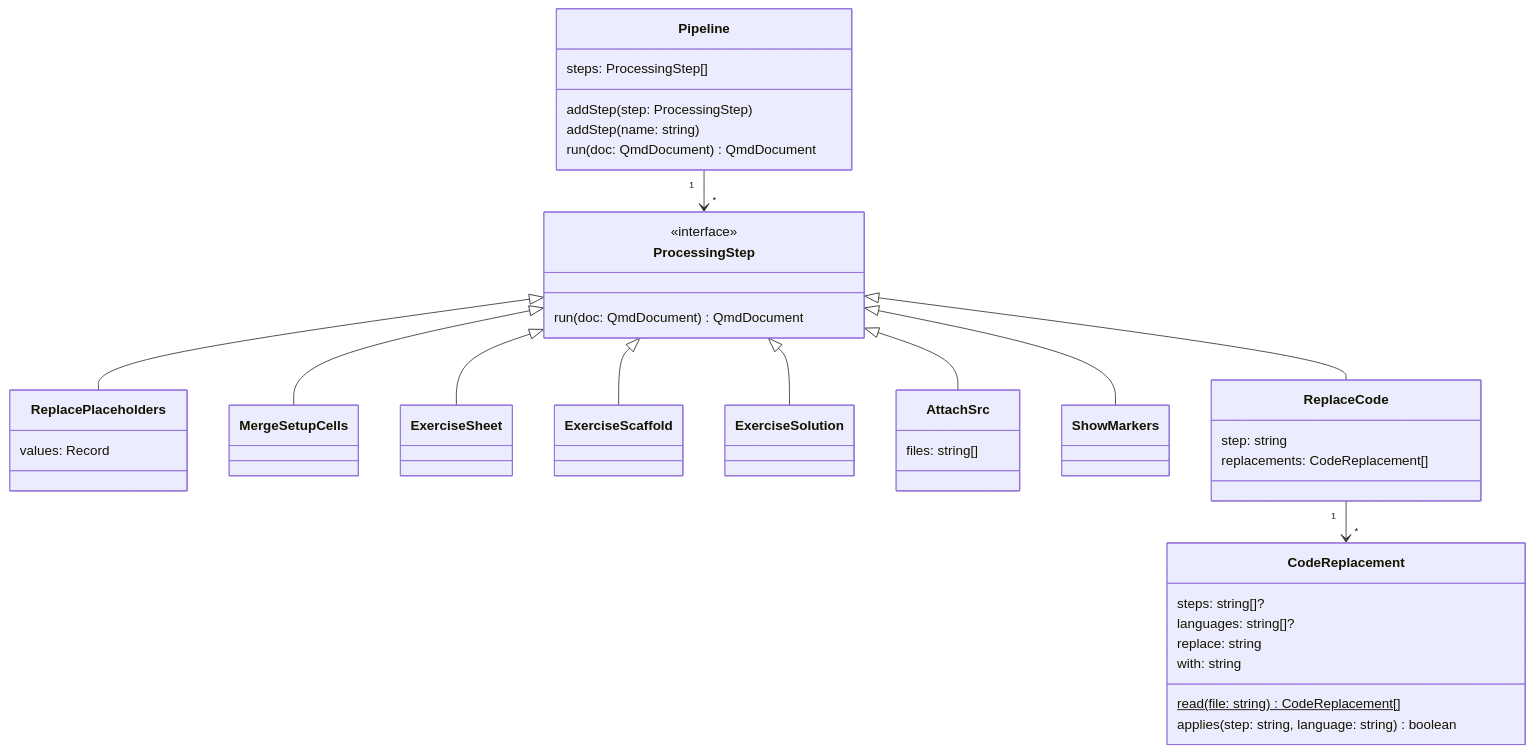
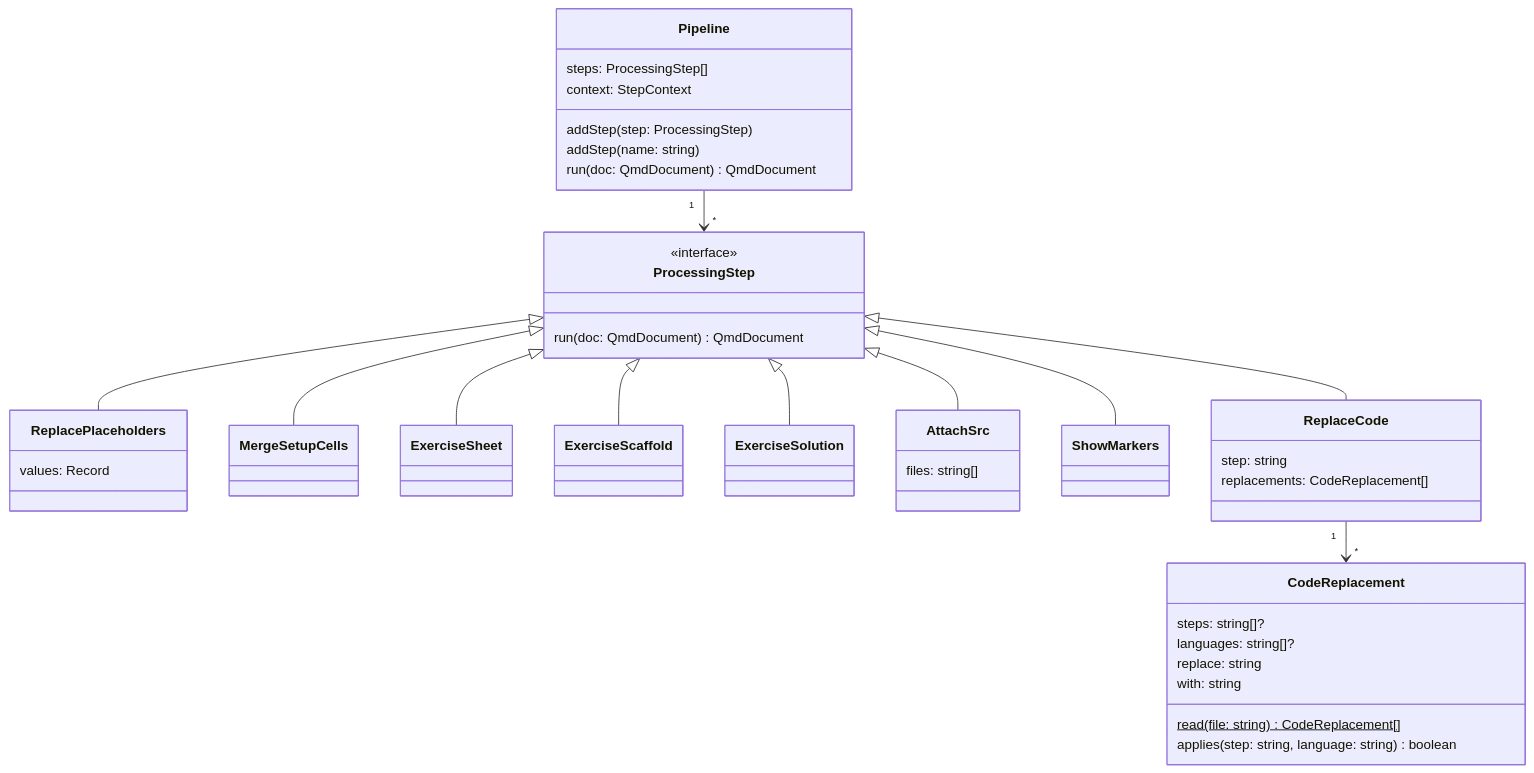
Before and after one commit to matthiasbaitsch/quarto-loi-moi: the third of 6 diagrams in DESIGN.md, drawn with Mermaid. The commit also changed other lines of this file and 3 other files, not shown here.

Commit message:
Pipeline with a context, so every step can be added by its name

````diff
--- a/DESIGN.md
+++ b/DESIGN.md
@@ -127,42 +127,43 @@
 ```mermaid
 classDiagram
   direction TD
   Pipeline "1" --> "*" ProcessingStep
   ProcessingStep <|-- ReplacePlaceholders
   ProcessingStep <|-- MergeSetupCells
   ProcessingStep <|-- ExerciseSheet
   ProcessingStep <|-- ExerciseScaffold
   ProcessingStep <|-- ExerciseSolution
   ProcessingStep <|-- AttachSrc
   ProcessingStep <|-- ShowMarkers
   ProcessingStep <|-- ReplaceCode
   ReplaceCode "1" --> "*" CodeReplacement
   class Pipeline {
     steps: ProcessingStep[]
+    context: StepContext
     addStep(step: ProcessingStep)
     addStep(name: string)
     run(doc: QmdDocument) QmdDocument
   }
   class ProcessingStep {
     <<interface>>
     run(doc: QmdDocument) QmdDocument
   }
   class ReplacePlaceholders {
     values: Record
   }
   class AttachSrc {
     files: string[]
   }
   class ReplaceCode {
     step: string
     replacements: CodeReplacement[]
   }
   class CodeReplacement {
     steps: string[]?
     languages: string[]?
     replace: string
     with: string
     read(file: string)$ CodeReplacement[]
     applies(step: string, language: string) boolean
   }
 ```
````
